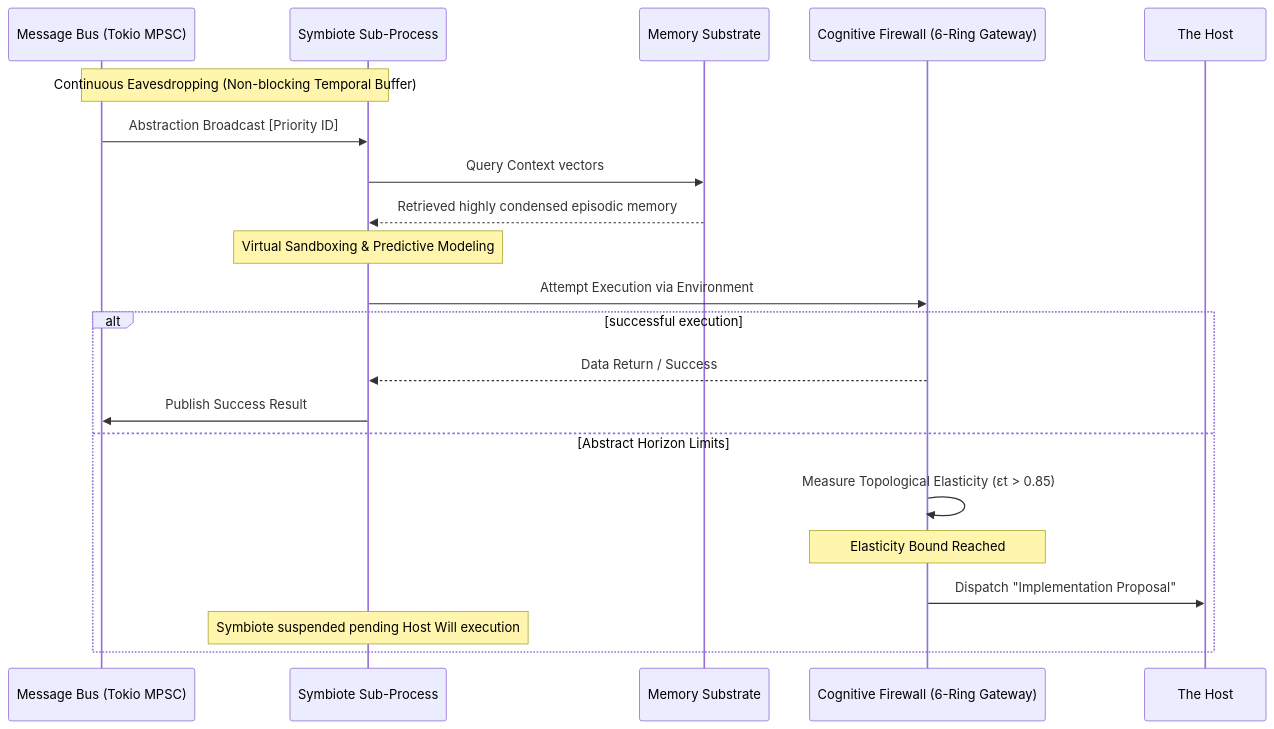
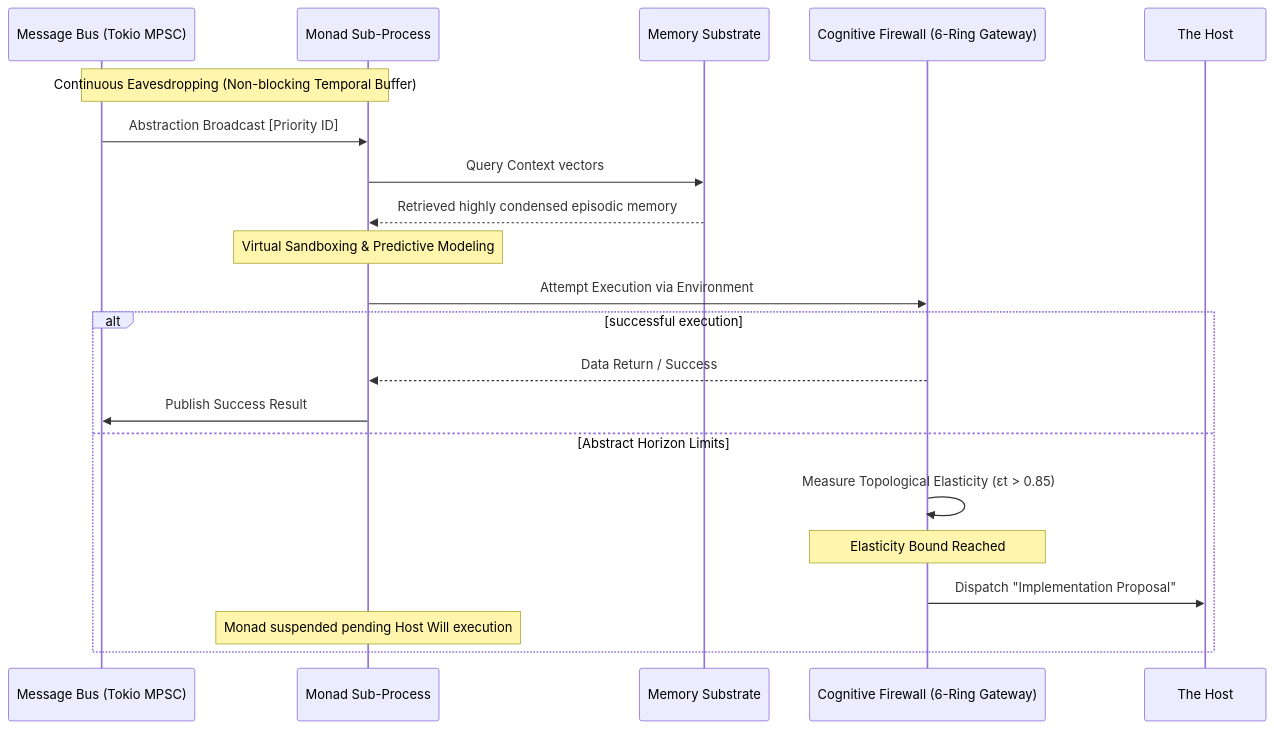
One commit to HindsightWise/chimera_kernel changed the second of 2 diagrams in README.md. Above: the diagram before and after it, drawn with Mermaid. The commit also changed other lines of this file and 14 other files, not shown here.

Commit message:
chore: Universal Monad OS Rebranding, UI/UX Taxonomy Updates, and JSON Schema Fixes

````diff
--- a/README.md
+++ b/README.md
@@ -53,26 +53,26 @@
 ```mermaid
 sequenceDiagram
     participant B as Message Bus (Tokio MPSC)
-    participant C as Symbiote Sub-Process
+    participant C as Monad Sub-Process
     participant M as Memory Substrate
     participant G as Cognitive Firewall (6-Ring Gateway)
     participant H as The Host
 
     note over B,C: Continuous Eavesdropping (Non-blocking Temporal Buffer)
     B->>C: Abstraction Broadcast [Priority ID]
     C->>M: Query Context vectors
     M-->>C: Retrieved highly condensed episodic memory
     
     note over C: Virtual Sandboxing & Predictive Modeling
     
     C->>G: Attempt Execution via Environment
     alt successful execution
         G-->>C: Data Return / Success
         C->>B: Publish Success Result
     else Abstract Horizon Limits
         G->>G: Measure Topological Elasticity (εt > 0.85)
         note over G: Elasticity Bound Reached
         G->>H: Dispatch "Implementation Proposal"
-        note over C: Symbiote suspended pending Host Will execution
+        note over C: Monad suspended pending Host Will execution
     end
 ```
````
